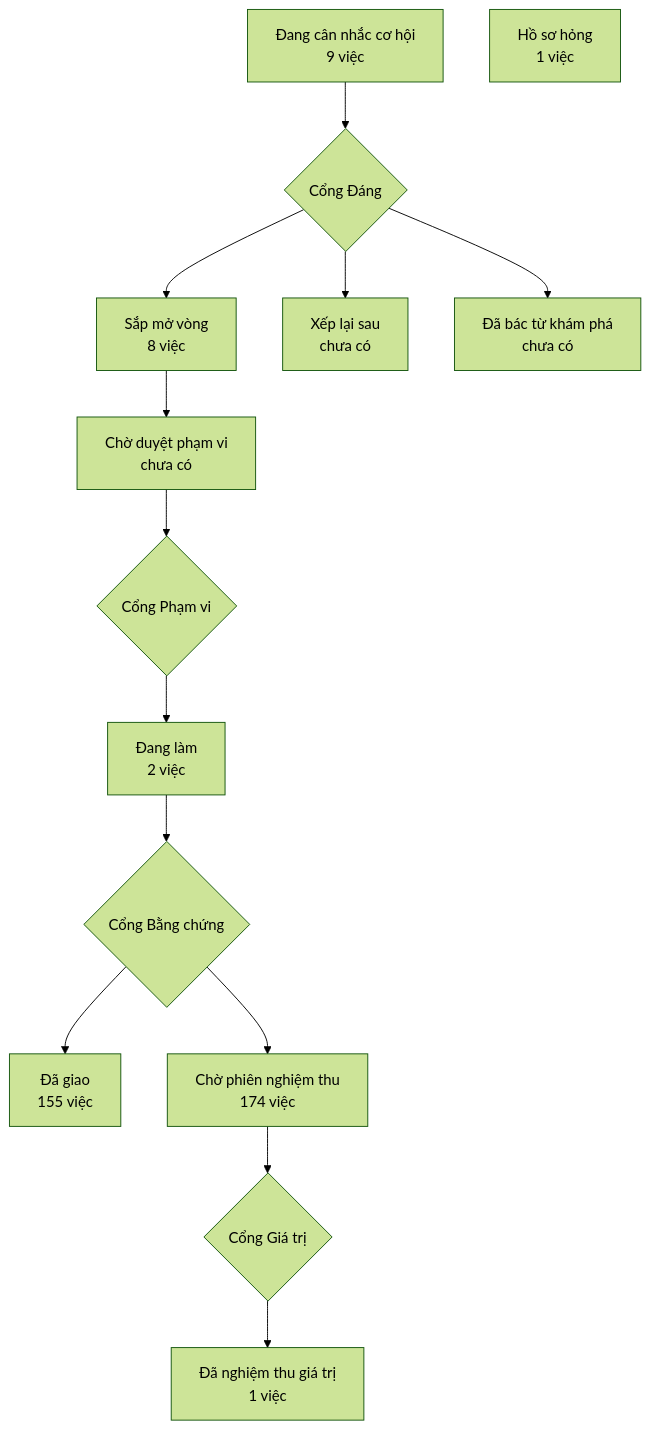
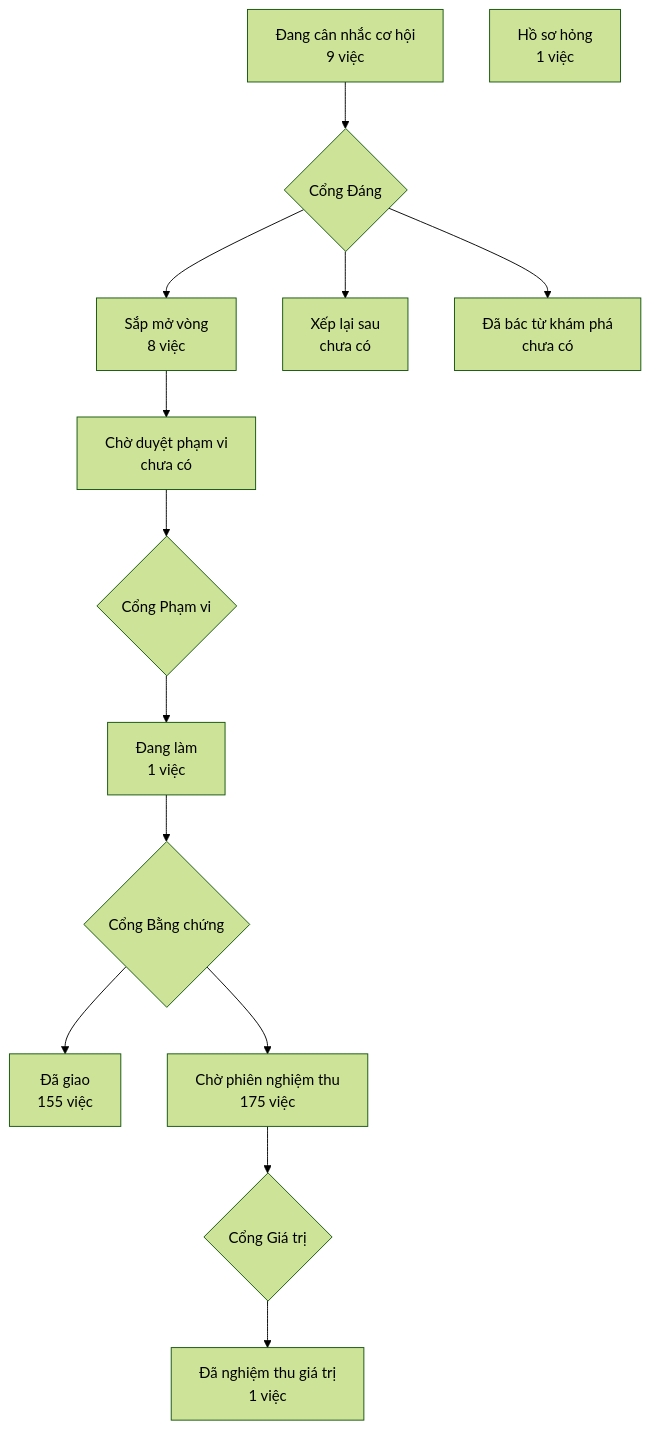
Before and after one commit to phanlemanh/crm-onehub: the diagram in PRODUCT-MAP.md, drawn with Mermaid (forest theme). The commit also changed 4 other files, not shown here.

````diff
--- a/PRODUCT-MAP.md
+++ b/PRODUCT-MAP.md
@@ -7,13 +7,13 @@
 ```mermaid
 flowchart TD
   A["Đang cân nhắc cơ hội<br/>9 việc"] --> GD{"Cổng Đáng"}
   GD --> B["Sắp mở vòng<br/>8 việc"]
   GD --> XL["Xếp lại sau<br/>chưa có"]
   GD --> DB["Đã bác từ khám phá<br/>chưa có"]
   B --> CD["Chờ duyệt phạm vi<br/>chưa có"] --> GP{"Cổng Phạm vi"}
-  GP --> DL["Đang làm<br/>2 việc"] --> GB{"Cổng Bằng chứng"}
+  GP --> DL["Đang làm<br/>1 việc"] --> GB{"Cổng Bằng chứng"}
   GB --> DG["Đã giao<br/>155 việc"]
-  GB --> CN["Chờ phiên nghiệm thu<br/>174 việc"] --> GG{"Cổng Giá trị"}
+  GB --> CN["Chờ phiên nghiệm thu<br/>175 việc"] --> GG{"Cổng Giá trị"}
   GG --> NT["Đã nghiệm thu giá trị<br/>1 việc"]
   HS["Hồ sơ hỏng<br/>1 việc"]
 ```
````
